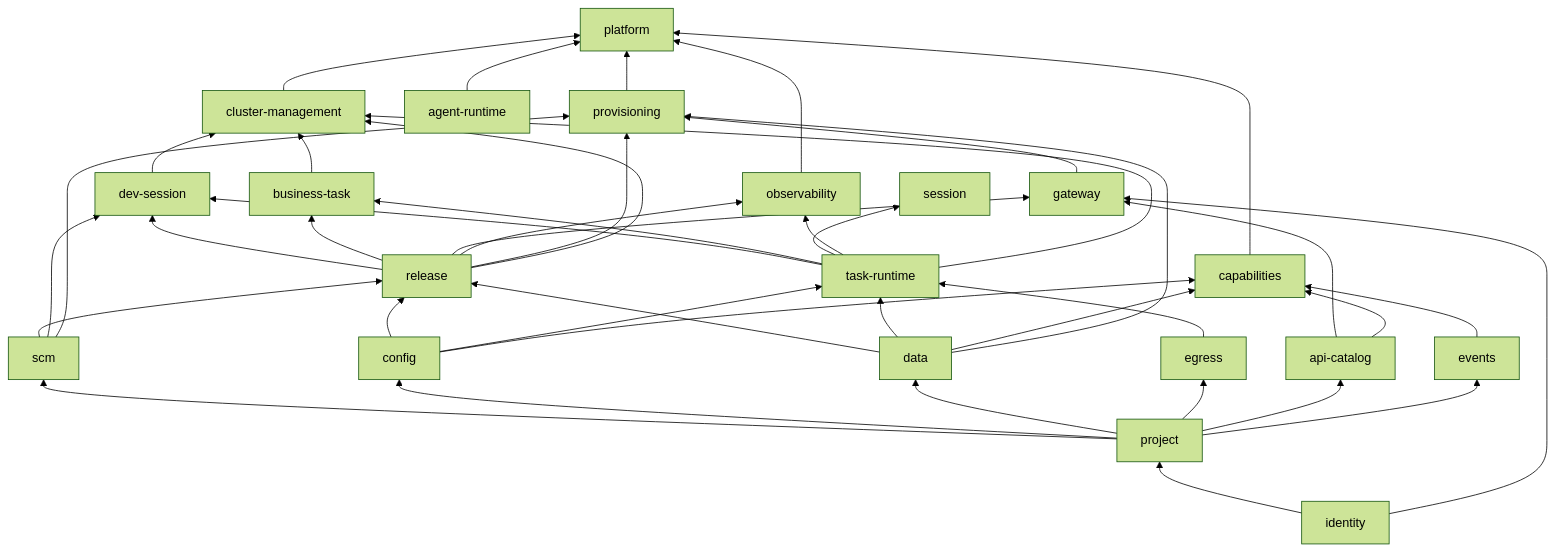
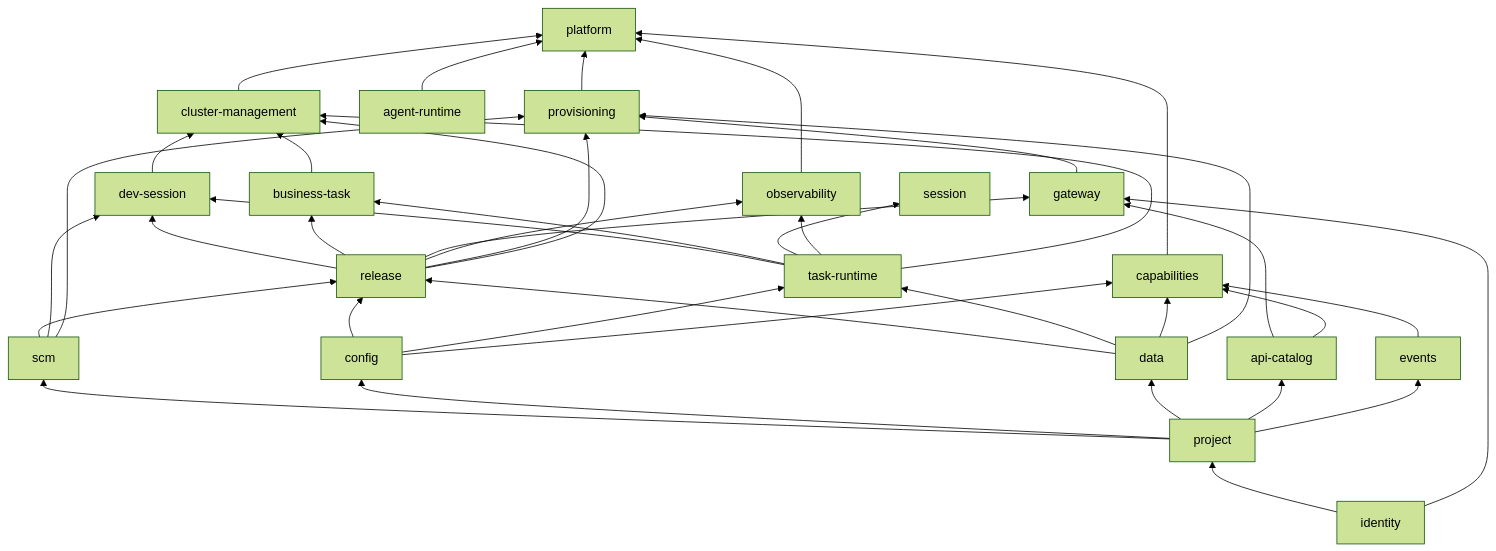
Before and after one commit to wangbinquan/CrewStation: the diagram in docs/engineering/repository-structure.md, drawn with Mermaid (forest theme). The commit also changed other lines of this file and 129 other files, not shown here.

````diff
--- a/docs/engineering/repository-structure.md
+++ b/docs/engineering/repository-structure.md
@@ -213,17 +212,17 @@
 ```mermaid
 flowchart BT
   identity --> project
-  project --> scm & config & data & egress & api-catalog & events
+  project --> scm & config & data & api-catalog & events
   scm & config & data --> release
-  config & data & egress --> task-runtime
+  config & data --> task-runtime
   task-runtime & release & scm --> dev-session
   task-runtime & release --> business-task
   task-runtime --> session
   identity & release & api-catalog --> gateway
   release & task-runtime --> observability
   api-catalog & events & data & config --> capabilities
   scm & data & gateway & release --> provisioning
   agent-runtime --> platform
   release & task-runtime & dev-session & business-task --> cluster-management
   observability & cluster-management & capabilities & provisioning --> platform
 ```
````
